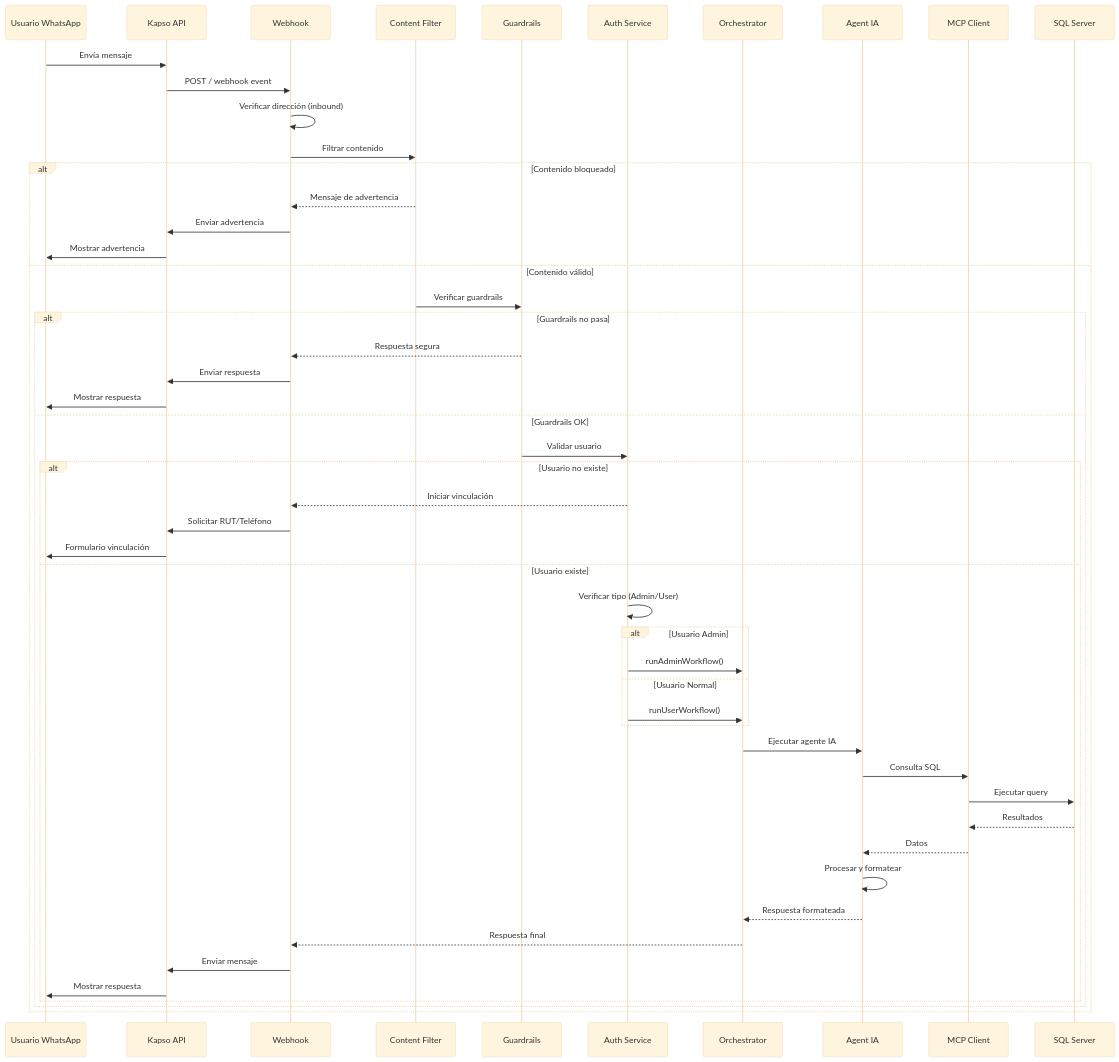
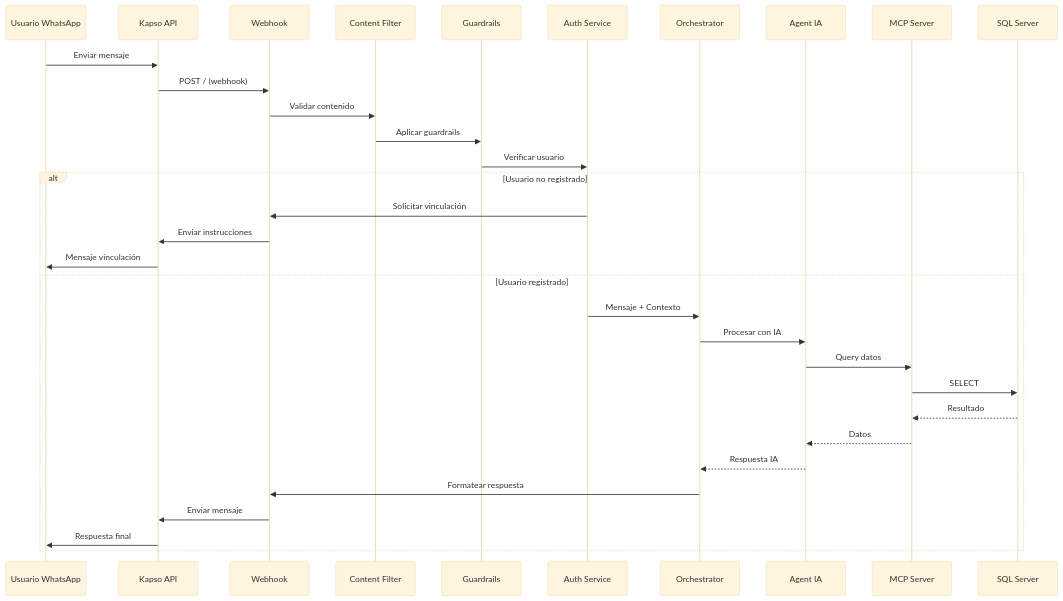
Before and after one commit to alepinobra/documentacion-elalto: the third of 3 diagrams in docs/backend/whatsapp/arquitectura.md, drawn with Mermaid (base theme). The commit also changed other lines of this file and 5 other files, not shown here.

````diff
--- a/docs/backend/whatsapp/arquitectura.md
+++ b/docs/backend/whatsapp/arquitectura.md
@@ -141,60 +216,36 @@
-```mermaid
-sequenceDiagram
-    participant U as Usuario WhatsApp
-    participant K as Kapso API
-    participant W as Webhook
-    participant CF as Content Filter
-    participant GR as Guardrails
-    participant AUTH as Auth Service
-    participant O as Orchestrator
-    participant A as Agent IA
-    participant MCP as MCP Client
-    participant DB as SQL Server
-    
-    U->>K: Envía mensaje
-    K->>W: POST / webhook event
-    
-    W->>W: Verificar dirección (inbound)
-    W->>CF: Filtrar contenido
-    
-    alt Contenido bloqueado
-        CF-->>W: Mensaje de advertencia
-        W->>K: Enviar advertencia
-        K->>U: Mostrar advertencia
-    else Contenido válido
-        CF->>GR: Verificar guardrails
+    ```mermaid
+    sequenceDiagram
+        participant U as Usuario WhatsApp
+        participant K as Kapso API
+        participant W as Webhook
+        participant CF as Content Filter
+        participant GR as Guardrails
+        participant AUTH as Auth Service
+        participant O as Orchestrator
+        participant A as Agent IA
+        participant MCP as MCP Server
+        participant DB as SQL Server
         
-        alt Guardrails no pasa
-            GR-->>W: Respuesta segura
-            W->>K: Enviar respuesta
-            K->>U: Mostrar respuesta
-        else Guardrails OK
-            GR->>AUTH: Validar usuario
-            
-            alt Usuario no existe
-                AUTH-->>W: Iniciar vinculación
-                W->>K: Solicitar RUT/Teléfono
-                K->>U: Formulario vinculación
-            else Usuario existe
-                AUTH->>AUTH: Verificar tipo (Admin/User)
-                
-                alt Usuario Admin
-                    AUTH->>O: runAdminWorkflow()
-                else Usuario Normal
-                    AUTH->>O: runUserWorkflow()
-                end
-                
-                O->>A: Ejecutar agente IA
-                A->>MCP: Consulta SQL
-                MCP->>DB: Ejecutar query
-                DB-->>MCP: Resultados
-                MCP-->>A: Datos
-                A->>A: Procesar y formatear
-                A-->>O: Respuesta formateada
-                O-->>W: Respuesta final
-                W->>K: Enviar mensaje
-                K->>U: Mostrar respuesta
-            end
+        U->>K: Enviar mensaje
+        K->>W: POST / (webhook)
+        W->>CF: Validar contenido
+        CF->>GR: Aplicar guardrails
+        GR->>AUTH: Verificar usuario
+        
+        alt Usuario no registrado
+            AUTH->>W: Solicitar vinculación
+            W->>K: Enviar instrucciones
+            K->>U: Mensaje vinculación
+        else Usuario registrado
+            AUTH->>O: Mensaje + Contexto
+            O->>A: Procesar con IA
+            A->>MCP: Query datos
+            MCP->>DB: SELECT
+            DB-->>MCP: Resultado
+            MCP-->>A: Datos
+            A-->>O: Respuesta IA
+            O->>W: Formatear respuesta
+            W->>K: Enviar mensaje
+            K->>U: Respuesta final
         end
-    end
-```
+    ```
````
